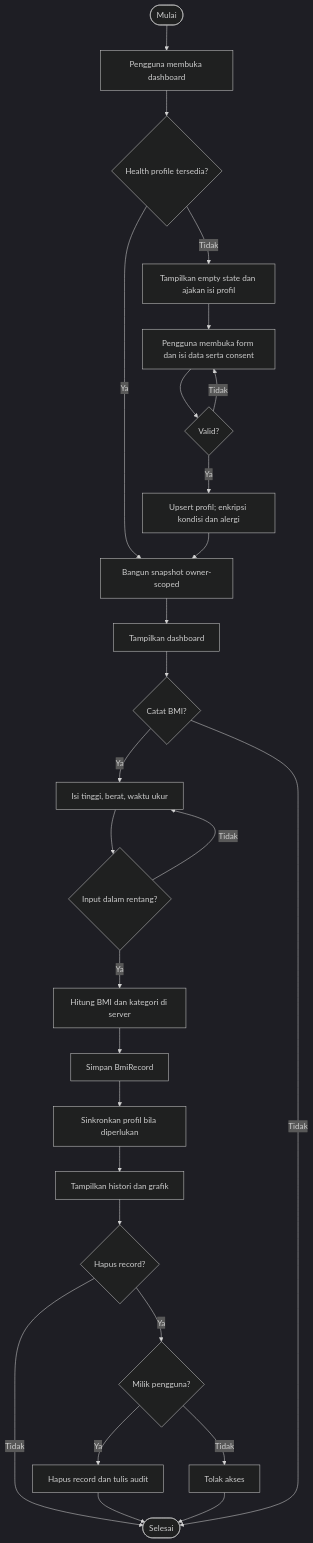
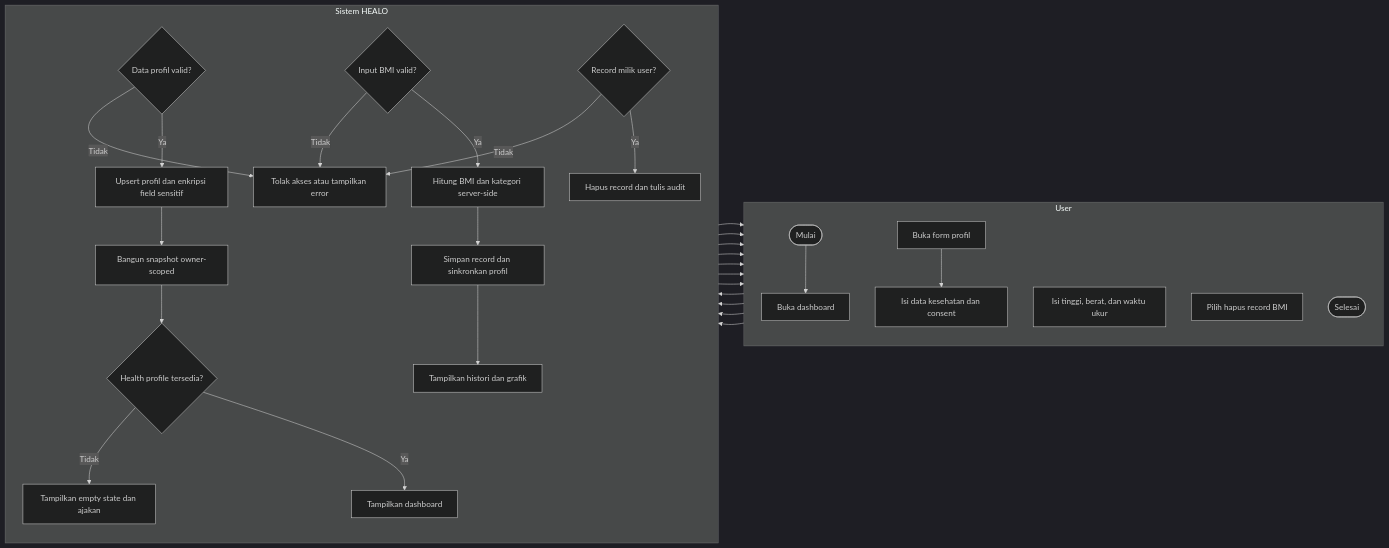
One commit to Daffa-Qiao/Healo changed the second of 11 diagrams in docs/system-analysis/03-activity-diagrams.md. Above: the diagram before and after it, drawn with Mermaid (dark theme). The commit also changed other lines of this file and 4 other files, not shown here.

Commit message:
renew diagram

````diff
--- a/docs/system-analysis/03-activity-diagrams.md
+++ b/docs/system-analysis/03-activity-diagrams.md
@@ -42,29 +63,42 @@
 ```mermaid
-flowchart TD
-    A([Mulai]) --> B[Pengguna membuka dashboard]
-    B --> C{Health profile tersedia?}
-    C -- Tidak --> D[Tampilkan empty state dan ajakan isi profil]
-    D --> E[Pengguna membuka form dan isi data serta consent]
-    E --> F{Valid?}
-    F -- Tidak --> E
-    F -- Ya --> G[Upsert profil; enkripsi kondisi dan alergi]
-    C -- Ya --> H[Bangun snapshot owner-scoped]
-    G --> H
-    H --> I[Tampilkan dashboard]
-    I --> J{Catat BMI?}
-    J -- Ya --> K[Isi tinggi, berat, waktu ukur]
-    K --> L{Input dalam rentang?}
-    L -- Tidak --> K
-    L -- Ya --> M[Hitung BMI dan kategori di server]
-    M --> N[Simpan BmiRecord]
-    N --> O[Sinkronkan profil bila diperlukan]
-    O --> P[Tampilkan histori dan grafik]
-    P --> Q{Hapus record?}
-    Q -- Ya --> R{Milik pengguna?}
-    R -- Tidak --> S[Tolak akses]
-    R -- Ya --> T[Hapus record dan tulis audit]
-    Q -- Tidak --> U([Selesai])
-    T --> U
-    S --> U
-    J -- Tidak --> U
+flowchart LR
+    subgraph U["User"]
+        direction TB
+        U1([Mulai])
+        U2[Buka dashboard]
+        U3[Buka form profil]
+        U4[Isi data kesehatan dan consent]
+        U5[Isi tinggi, berat, dan waktu ukur]
+        U6[Pilih hapus record BMI]
+        U7([Selesai])
+    end
+
+    subgraph S["Sistem HEALO"]
+        direction TB
+        S1[Bangun snapshot owner-scoped]
+        S2{Health profile tersedia?}
+        S3[Tampilkan empty state dan ajakan]
+        S4{Data profil valid?}
+        S5[Upsert profil dan enkripsi field sensitif]
+        S6[Tampilkan dashboard]
+        S7{Input BMI valid?}
+        S8[Hitung BMI dan kategori server-side]
+        S9[Simpan record dan sinkronkan profil]
+        S10[Tampilkan histori dan grafik]
+        S11{Record milik user?}
+        S12[Hapus record dan tulis audit]
+        S13[Tolak akses atau tampilkan error]
+    end
+
+    U1 --> U2 --> S1 --> S2
+    S2 -- Tidak --> S3 --> U3 --> U4 --> S4
+    S4 -- Tidak --> S13 --> U4
+    S4 -- Ya --> S5 --> S1
+    S2 -- Ya --> S6 --> U5
+    U5 --> S7
+    S7 -- Tidak --> S13 --> U5
+    S7 -- Ya --> S8 --> S9 --> S10
+    S10 --> U6 --> S11
+    S11 -- Tidak --> S13 --> U7
+    S11 -- Ya --> S12 --> U7
 ```
````
